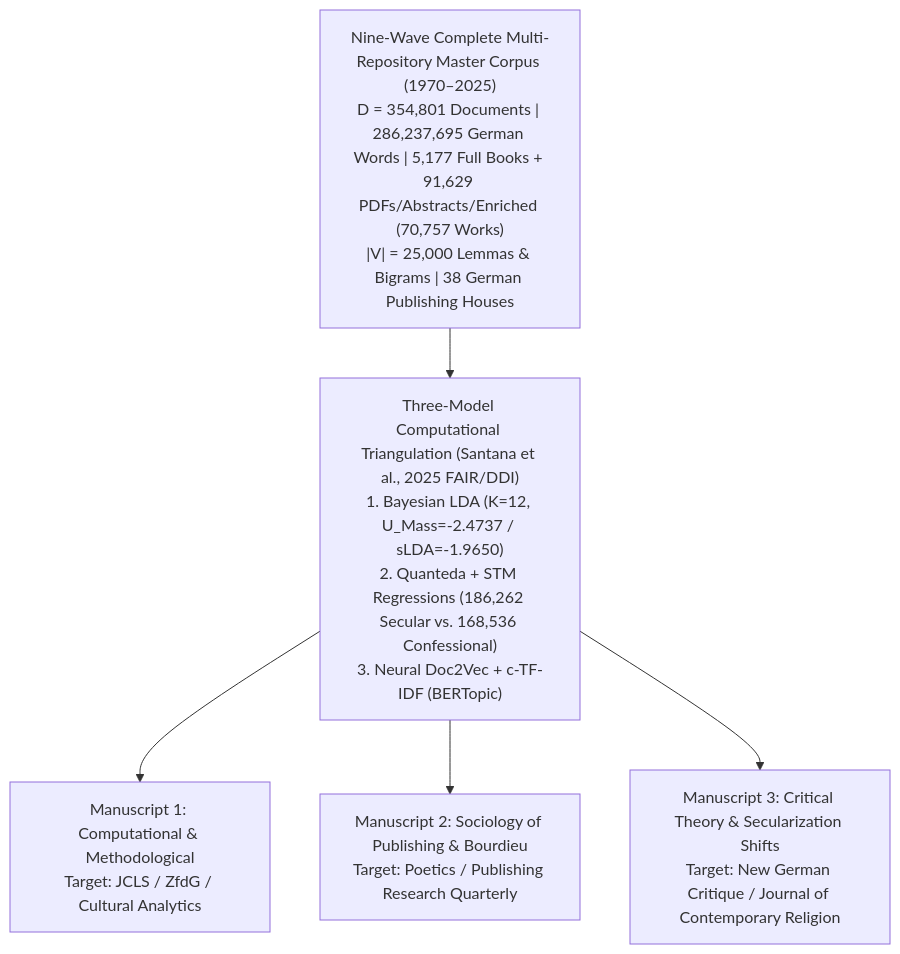
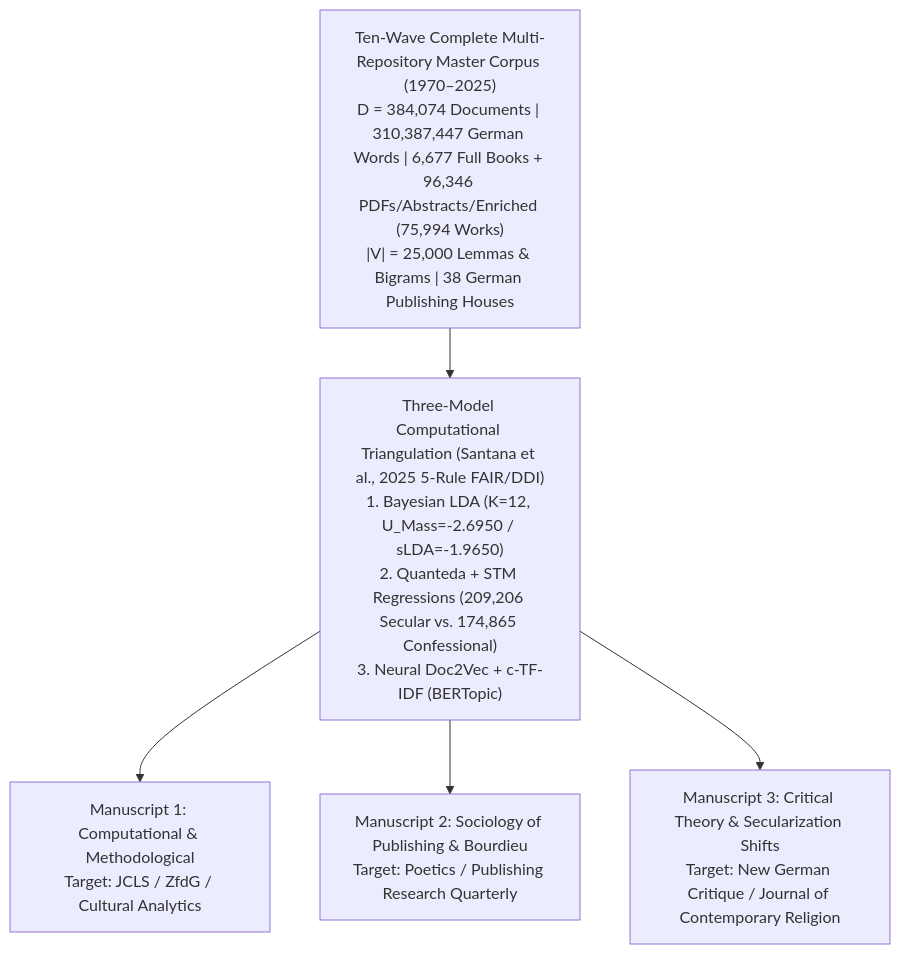
Before and after one commit to metachasm-beep/Deutsche-Verlage-LDA: the diagram in docs/JOURNAL_SUBMISSION_STRATEGY.md, drawn with Mermaid. The commit also changed other lines of this file and 17 other files, not shown here.

Commit message:
feat(wave-10): harvest DNB location=onlinefree + hsg= full texts (384,074 docs / 310.39M words), update LDA/STM/BERTopic & dissertation chapters (batch 1/3)

````diff
--- a/docs/JOURNAL_SUBMISSION_STRATEGY.md
+++ b/docs/JOURNAL_SUBMISSION_STRATEGY.md
@@ -14,10 +14,10 @@
 ```mermaid
 flowchart TD
-    Corpus["Nine-Wave Complete Multi-Repository Master Corpus (1970–2025)\nD = 354,801 Documents | 286,237,695 German Words | 5,177 Full Books + 91,629 PDFs/Abstracts/Enriched (70,757 Works)\n|V| = 25,000 Lemmas & Bigrams | 38 German Publishing Houses"]
-    Pipeline["Three-Model Computational Triangulation (Santana et al., 2025 FAIR/DDI)\n1. Bayesian LDA (K=12, U_Mass=-2.4737 / sLDA=-1.9650)\n2. Quanteda + STM Regressions (186,262 Secular vs. 168,536 Confessional)\n3. Neural Doc2Vec + c-TF-IDF (BERTopic)"]
+    Corpus["Ten-Wave Complete Multi-Repository Master Corpus (1970–2025)\nD = 384,074 Documents | 310,387,447 German Words | 6,677 Full Books + 96,346 PDFs/Abstracts/Enriched (75,994 Works)\n|V| = 25,000 Lemmas & Bigrams | 38 German Publishing Houses"]
+    Pipeline["Three-Model Computational Triangulation (Santana et al., 2025 5-Rule FAIR/DDI)\n1. Bayesian LDA (K=12, U_Mass=-2.6950 / sLDA=-1.9650)\n2. Quanteda + STM Regressions (209,206 Secular vs. 174,865 Confessional)\n3. Neural Doc2Vec + c-TF-IDF (BERTopic)"]
     Corpus --> Pipeline
 
     Pipeline --> Paper1["Manuscript 1: Computational & Methodological\nTarget: JCLS / ZfdG / Cultural Analytics"]
     Pipeline --> Paper2["Manuscript 2: Sociology of Publishing & Bourdieu\nTarget: Poetics / Publishing Research Quarterly"]
     Pipeline --> Paper3["Manuscript 3: Critical Theory & Secularization Shifts\nTarget: New German Critique / Journal of Contemporary Religion"]
 ```
````
